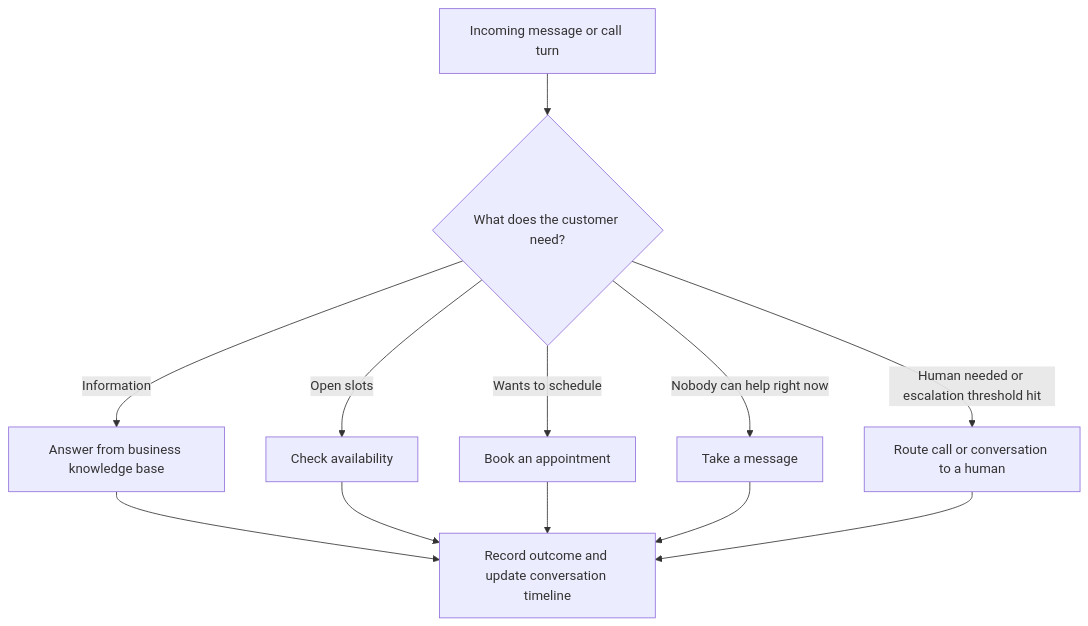
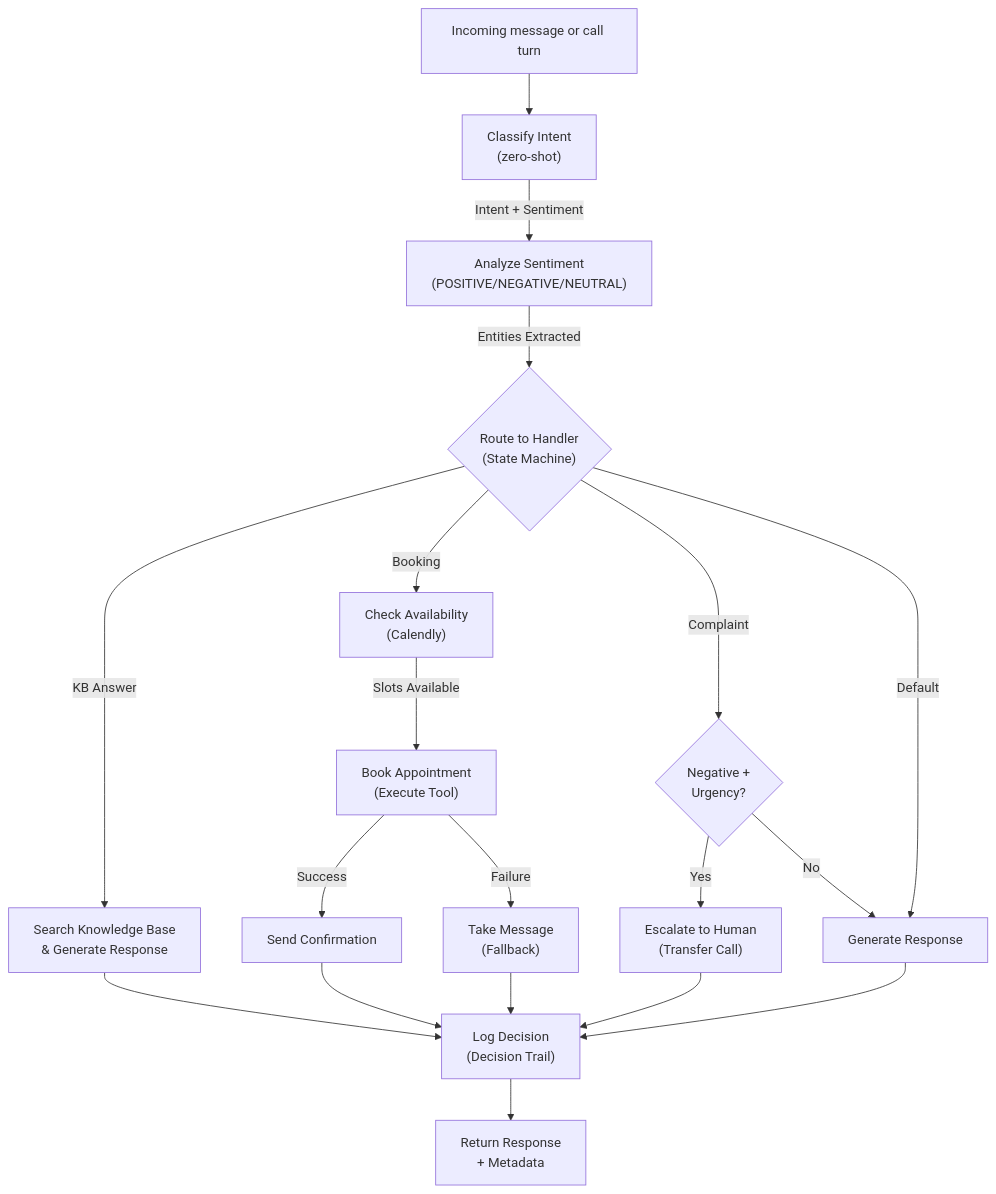
The fifth of 10 diagrams in README.md (DhairyaDxt/Aivora), drawn with Mermaid before and after one commit. The commit also changed other lines of this file and 29 other files, not shown here.

````diff
--- a/README.md
+++ b/README.md
@@ -181,14 +191,26 @@
 ```mermaid
 flowchart TD
-  Msg["Incoming message or call turn"] --> Decide{"What does the customer need?"}
-  Decide -->|"Information"| KB["Answer from business knowledge base"]
-  Decide -->|"Open slots"| Avail["Check availability"]
-  Decide -->|"Wants to schedule"| Book["Book an appointment"]
-  Decide -->|"Nobody can help right now"| Msg2["Take a message"]
-  Decide -->|"Human needed or escalation threshold hit"| Human["Route call or conversation to a human"]
-  KB --> Log
-  Avail --> Log
-  Book --> Log
-  Msg2 --> Log
-  Human --> Log["Record outcome and update conversation timeline"]
+  Msg["Incoming message or call turn"] --> Classify["Classify Intent<br/>(zero-shot)"]
+  Classify -->|Intent + Sentiment| Sentiment["Analyze Sentiment<br/>(POSITIVE/NEGATIVE/NEUTRAL)"]
+  Sentiment -->|Entities Extracted| Route{"Route to Handler<br/>(State Machine)"}
+  
+  Route -->|"KB Answer"| KB["Search Knowledge Base<br/>& Generate Response"]
+  Route -->|"Booking"| Avail["Check Availability<br/>(Calendly)"]
+  Route -->|"Complaint"| Detect{"Negative +<br/>Urgency?"}
+  Route -->|"Default"| Generate["Generate Response"]
+  
+  Avail -->|"Slots Available"| Book["Book Appointment<br/>(Execute Tool)"]
+  Book -->|"Success"| Confirm["Send Confirmation"]
+  Book -->|"Failure"| Fallback["Take Message<br/>(Fallback)"]
+  
+  Detect -->|"Yes"| Escalate["Escalate to Human<br/>(Transfer Call)"]
+  Detect -->|"No"| Generate
+  
+  KB --> Log["Log Decision<br/>(Decision Trail)"]
+  Confirm --> Log
+  Fallback --> Log
+  Escalate --> Log
+  Generate --> Log
+  
+  Log --> Response["Return Response<br/>+ Metadata"]
 ```
````
